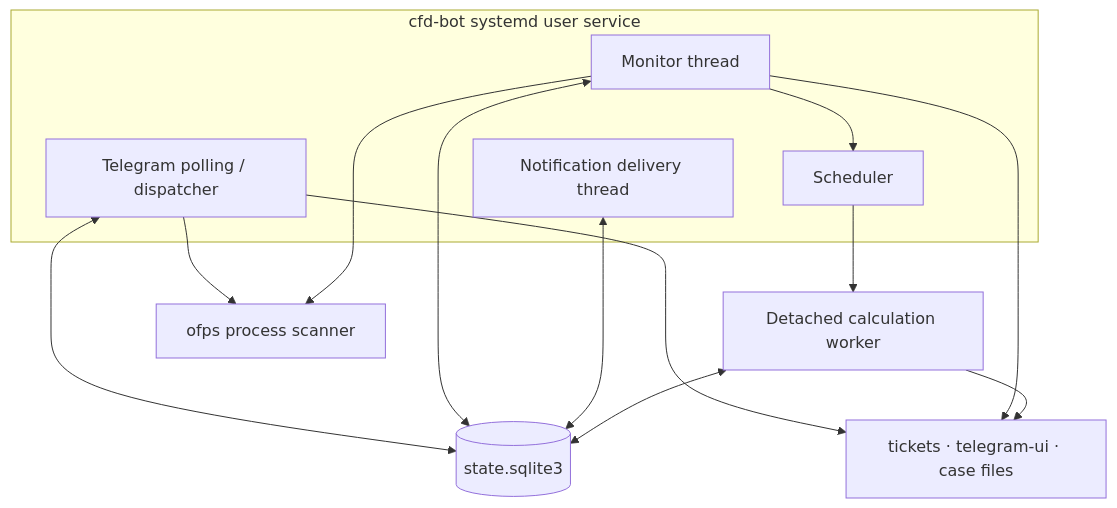
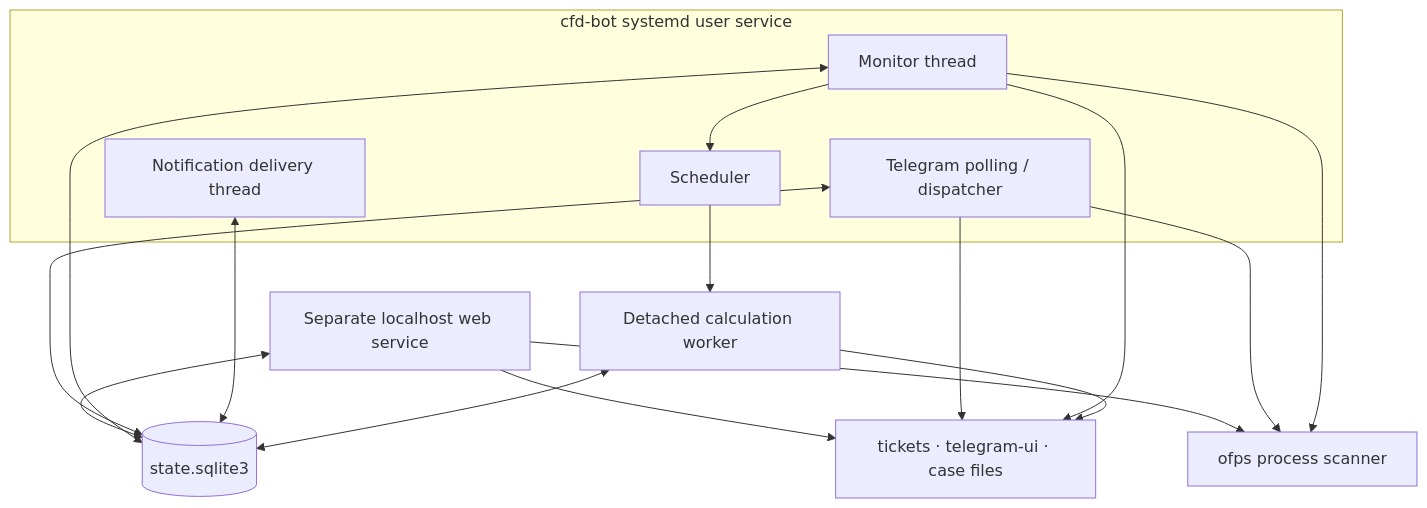
The third of 3 diagrams in docs/HLD.md (jo0n-lab/cfd-bot), drawn with Mermaid before and after one commit. The commit also changed other lines of this file and 61 other files, not shown here.

````diff
--- a/docs/HLD.md
+++ b/docs/HLD.md
@@ -79,26 +102,29 @@
 ```mermaid
 flowchart TB
     subgraph DAEMON[cfd-bot systemd user service]
         POLL[Telegram polling / dispatcher]
         MON[Monitor thread]
         DELIVERY[Notification delivery thread]
         SCHED[Scheduler]
     end
 
     WORKER[Detached calculation worker]
     OFPS[ofps process scanner]
     SQLITE[(state.sqlite3)]
     FILES[tickets · telegram-ui · case files]
+    WEB[Separate localhost web service] --> FILES
+    WEB <--> SQLITE
+    WEB --> OFPS
 
     POLL <--> SQLITE
     MON <--> SQLITE
     DELIVERY <--> SQLITE
     MON --> SCHED
     SCHED --> WORKER
     POLL --> OFPS
     MON --> OFPS
     WORKER <--> SQLITE
     POLL --> FILES
     MON --> FILES
     WORKER --> FILES
 ```
````
